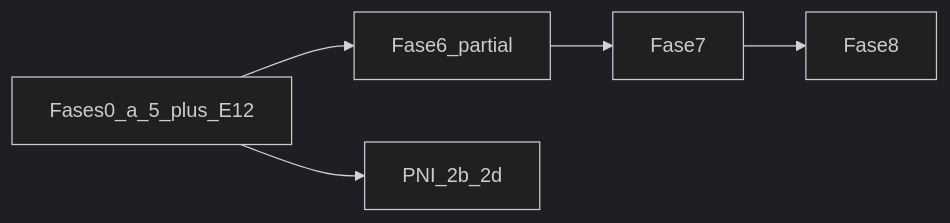
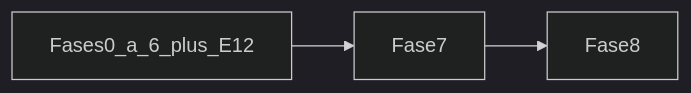
The diagram in docs/commercial/status-plano-2026-06.md (tiagocassio/cidadaobr), drawn with Mermaid (dark theme) before and after one commit. The commit also changed other lines of this file and 52 other files, not shown here.

````diff
--- a/docs/commercial/status-plano-2026-06.md
+++ b/docs/commercial/status-plano-2026-06.md
@@ -24,12 +24,8 @@
 ```mermaid
 flowchart LR
-  done[Fases0_a_5_plus_E12]
-  f6[Fase6_partial]
-  pni[PNI_2b_2d]
+  done[Fases0_a_6_plus_E12]
   f7[Fase7]
   f8[Fase8]
 
-  done --> f6
-  done --> pni
-  f6 --> f7 --> f8
+  done --> f7 --> f8
 ```
````
